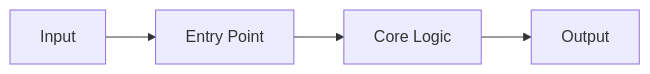
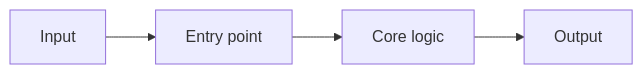
One commit to wxggzz/project-to-study changed the diagram in references/templates/05-code-introduction.md. Above: the diagram before and after it, drawn with Mermaid. The commit also changed other lines of this file and 12 other files, not shown here.

````diff
--- a/references/templates/05-code-introduction.md
+++ b/references/templates/05-code-introduction.md
@@ -23,6 +27,6 @@
 ```mermaid
 flowchart LR
-  Input["Input"] --> Entry["Entry Point"]
-  Entry --> Logic["Core Logic"]
+  Input["Input"] --> Entry["Entry point"]
+  Entry --> Logic["Core logic"]
   Logic --> Output["Output"]
 ```
````
